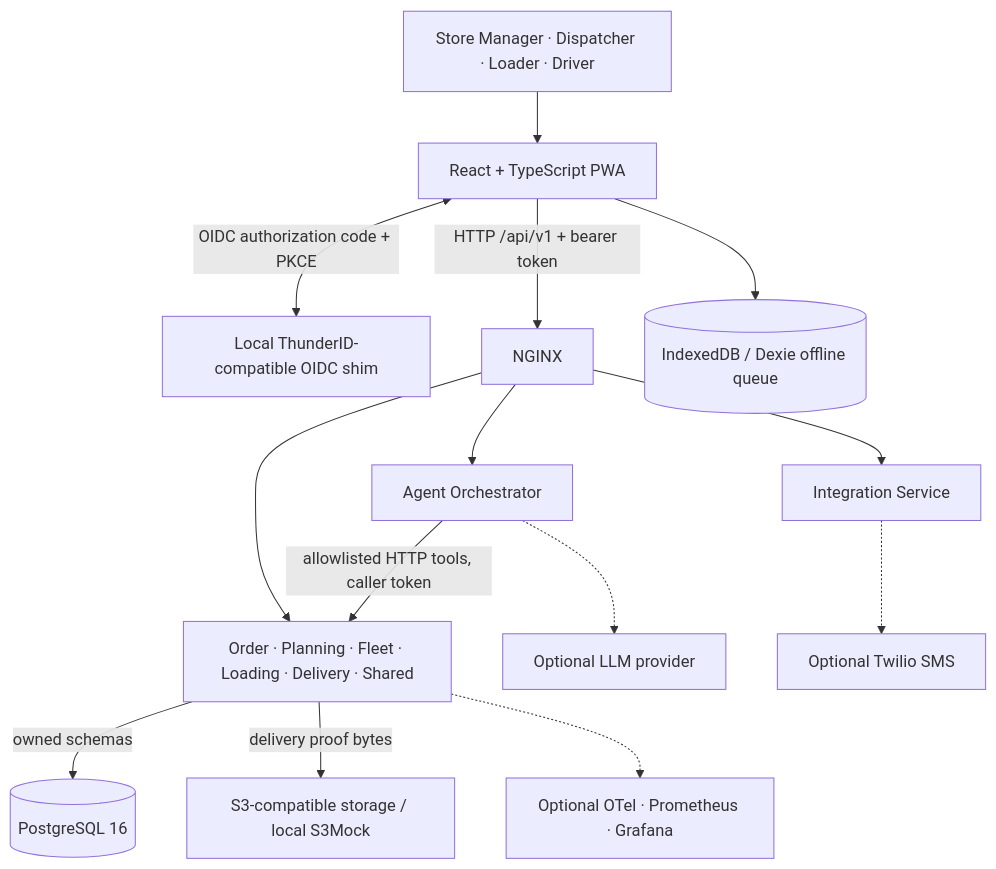
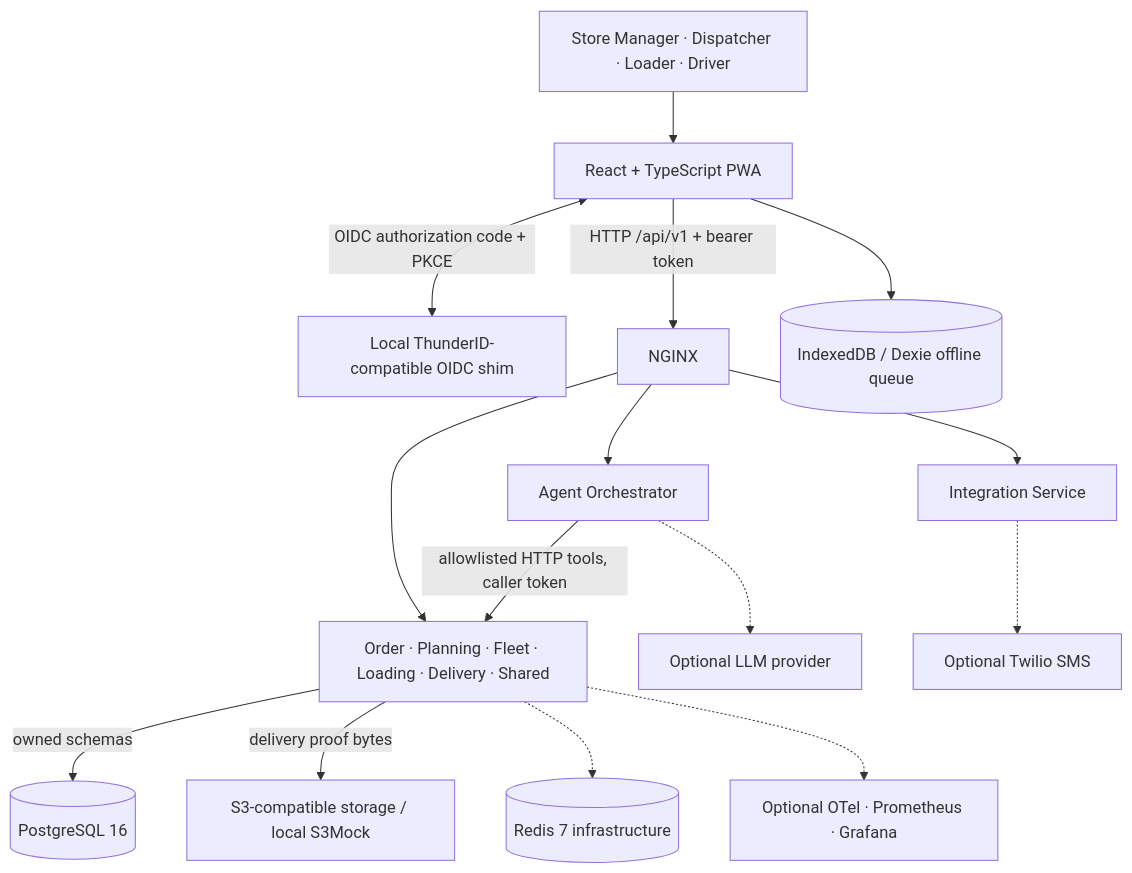
One commit to HasinduNimesh/ClapTac-tech-triathlon changed the first of 2 diagrams in README.md. Above: the diagram before and after it, drawn with Mermaid. The commit also changed other lines of this file and 25 other files, not shown here.

````diff
--- a/README.md
+++ b/README.md
@@ -272,16 +274,17 @@
 ```mermaid
 flowchart TB
     People["Store Manager · Dispatcher · Loader · Driver"] --> Web["React + TypeScript PWA"]
     Web <-->|"OIDC authorization code + PKCE"| Identity["Local ThunderID-compatible OIDC shim"]
     Web -->|"HTTP /api/v1 + bearer token"| Edge["NGINX"]
     Edge --> Domain["Order · Planning · Fleet · Loading · Delivery · Shared"]
     Edge --> Integration["Integration Service"]
     Edge --> Agent["Agent Orchestrator"]
     Domain -->|"owned schemas"| DB[("PostgreSQL 16")]
     Domain -->|"delivery proof bytes"| S3["S3-compatible storage / local S3Mock"]
+    Domain -.-> Redis[("Redis 7 infrastructure")]
     Web --> Local[("IndexedDB / Dexie offline queue")]
     Agent -->|"allowlisted HTTP tools, caller token"| Domain
     Agent -.-> LLM["Optional LLM provider"]
     Integration -.-> SMS["Optional Twilio SMS"]
     Domain -.-> Telemetry["Optional OTel · Prometheus · Grafana"]
 ```
````
